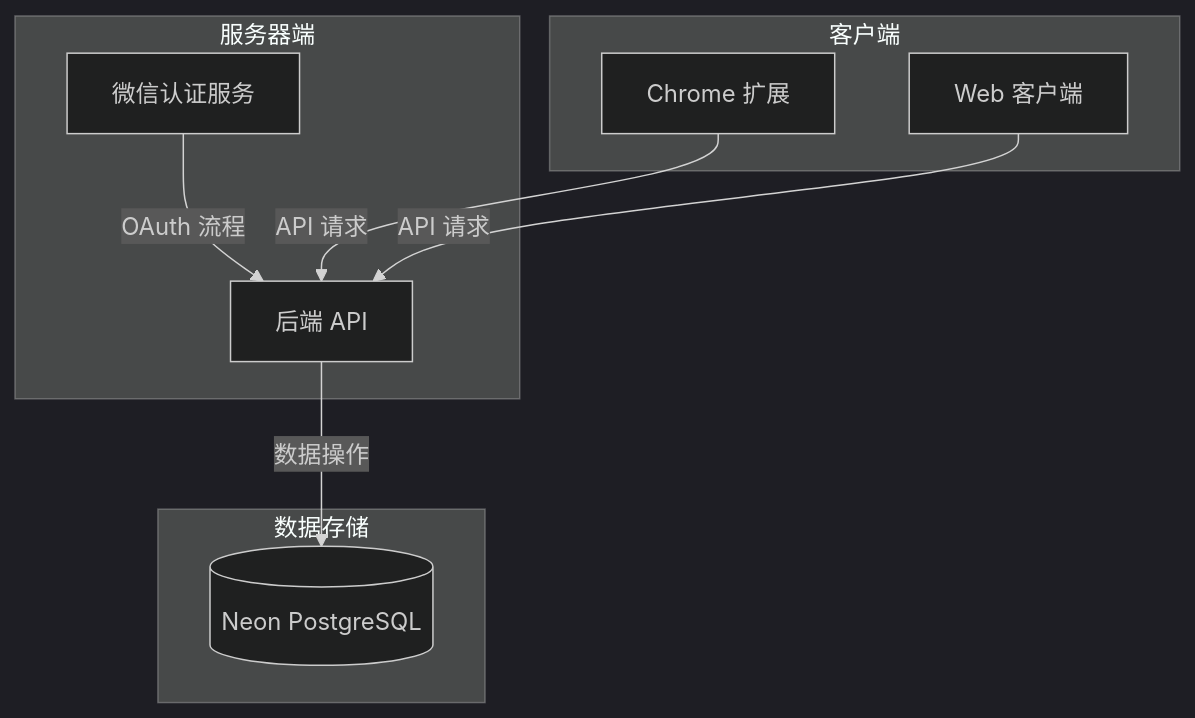
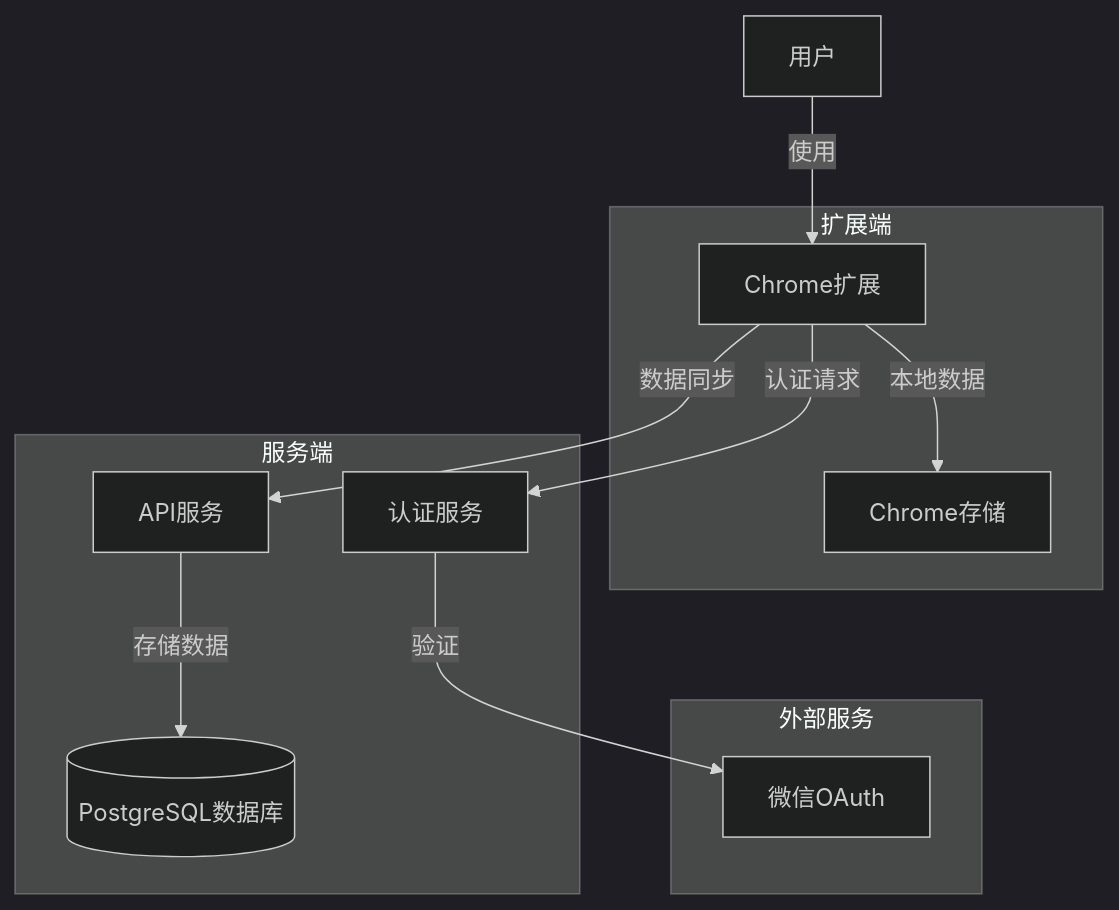
One commit to hibernate-pano/chrome-plugin-one-tab-pro changed the first of 6 diagrams in memory-bank/systemPatterns.md. Above: the diagram before and after it, drawn with Mermaid (dark theme). The commit also changed other lines of this file and 53 other files, not shown here.

````diff
--- a/memory-bank/systemPatterns.md
+++ b/memory-bank/systemPatterns.md
@@ -7,21 +7,24 @@
 ```mermaid
 graph TD
-    A[Chrome 扩展] -- API 请求 --> B[后端 API]
-    B -- 数据操作 --> C[(Neon PostgreSQL)]
-    D[微信认证服务] -- OAuth 流程 --> B
-    E[Web 客户端] -- API 请求 --> B
-
-    subgraph "客户端"
-        A
-        E
+    User[用户] -->|使用| ChromeExt[Chrome扩展]
+    ChromeExt -->|本地数据| LocalStorage[Chrome存储]
+    ChromeExt -->|认证请求| Auth[认证服务]
+    ChromeExt -->|数据同步| API[API服务]
+    API -->|存储数据| Database[(PostgreSQL数据库)]
+    Auth -->|验证| WechatOAuth[微信OAuth]
+    
+    subgraph 扩展端
+    ChromeExt
+    LocalStorage
     end
-
-    subgraph "服务器端"
-        B
-        D
+    
+    subgraph 服务端
+    Auth
+    API
+    Database
     end
-
-    subgraph "数据存储"
-        C
+    
+    subgraph 外部服务
+    WechatOAuth
     end
 ```
````
